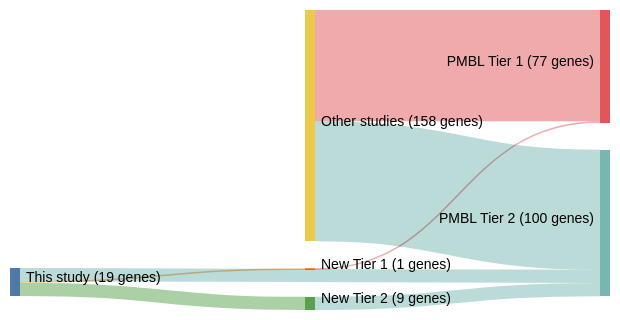
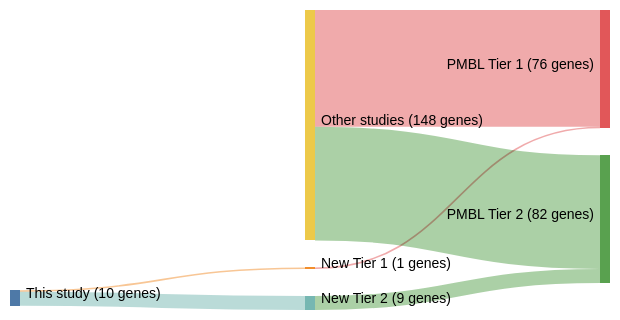
One commit to morinlab/lymphopedia changed the diagram in papers/deschGenotypingCirculatingTumor2020.md. Above: the diagram before and after it, drawn with Mermaid (neutral theme). The commit also changed 81 other files, not shown here.

````diff
--- a/papers/deschGenotypingCirculatingTumor2020.md
+++ b/papers/deschGenotypingCirculatingTumor2020.md
@@ -12,21 +12,20 @@
 ```mermaid
 ---
 config:
     sankey:
         showValues: true
         linkColor: target
         width: 600
         height: 300
         nodeAlignment: right
         prefix: '('
         suffix: ' genes)'
 ---
 sankey-beta
 This study, New Tier 1, 1
 New Tier 1, PMBL Tier 1, 1
-This study, PMBL Tier 2, 9
 This study, New Tier 2, 9
 New Tier 2, PMBL Tier 2, 9
-Other studies, PMBL Tier 1, 76
-Other studies, PMBL Tier 2, 82
+Other studies, PMBL Tier 1, 75
+Other studies, PMBL Tier 2, 73
 ```
````
